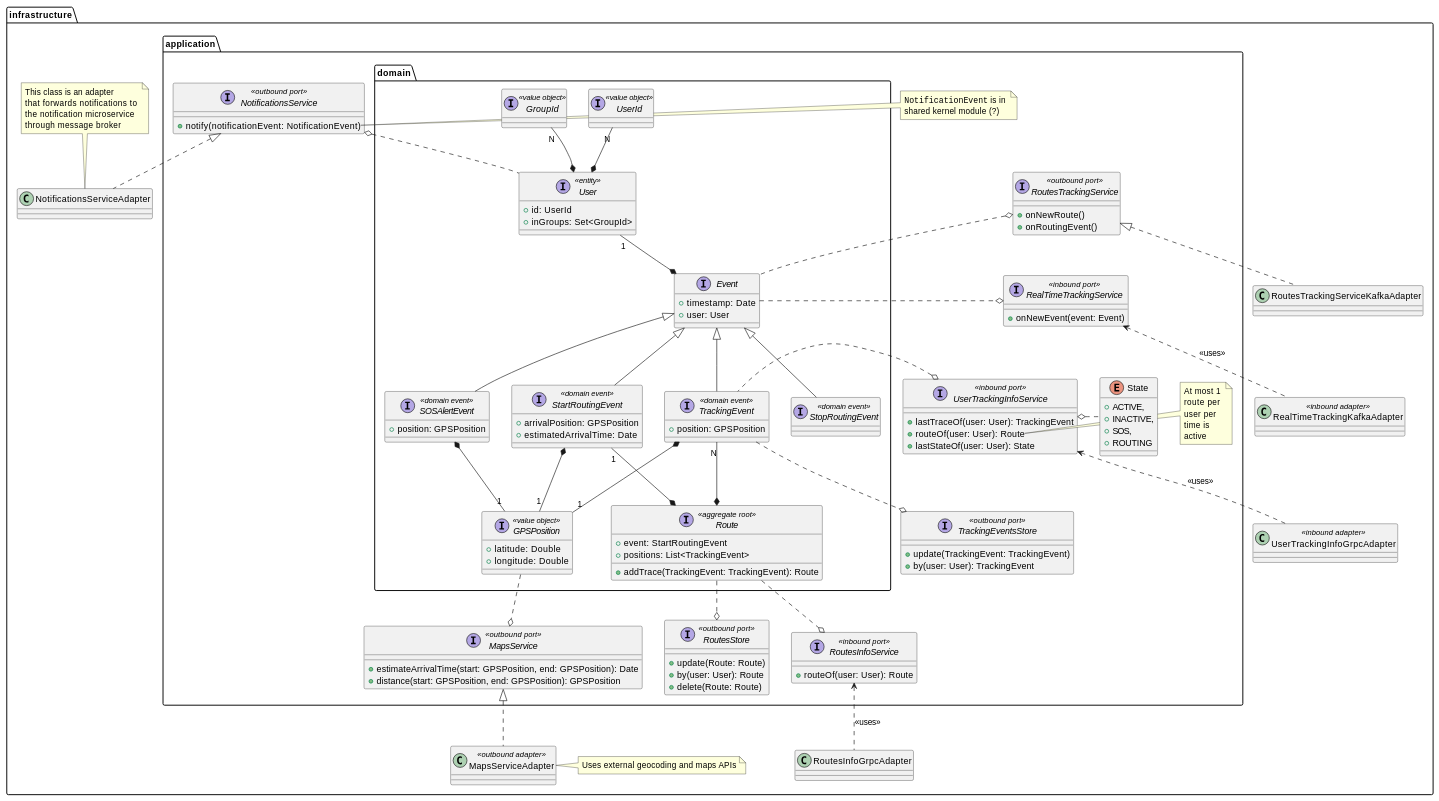
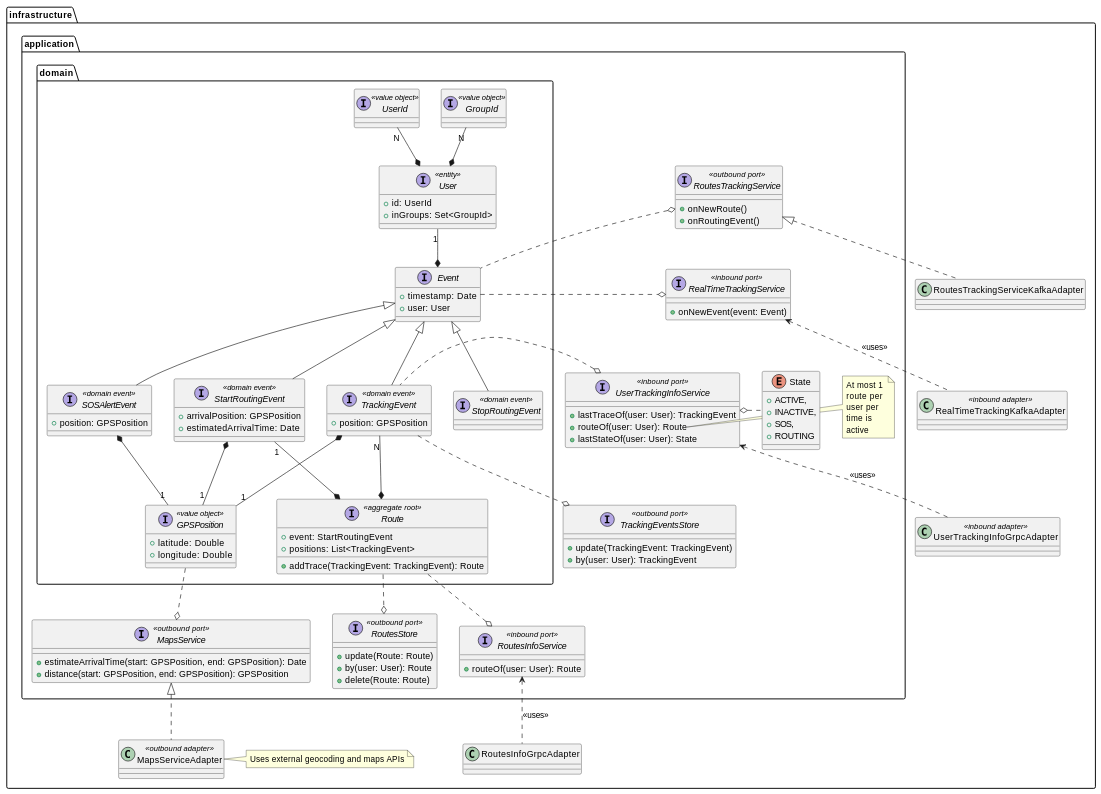
Before and after one commit to position-pal/Documentation: the first of 3 diagrams in content/docs/design/location-service.md, drawn with PlantUML. The commit also changed other lines of this file, not shown here.

Commit message:
docs: add first behavioral sketch

```diff
--- a/content/docs/design/location-service.md
+++ b/content/docs/design/location-service.md
@@ -108,16 +108,6 @@
 
         RoutesStore o.up. Route
 
-        interface NotificationsService <<outbound port>> {
-            + notify(notificationEvent: NotificationEvent)
-        }
-        note right of NotificationsService::notify
-            ""NotificationEvent"" is in 
-            shared kernel module (?)
-        end note
-
-        User .up.o NotificationsService
-
         interface MapsService <<outbound port>> {
             + estimateArrivalTime(start: GPSPosition, end: GPSPosition): Date
             + distance(start: GPSPosition, end: GPSPosition): GPSPosition
@@ -164,14 +154,6 @@
         RealTimeTrackingService o.l. Event
     }
 
-    class NotificationsServiceAdapter implements application.NotificationsService
-    note top of NotificationsServiceAdapter
-        This class is an adapter 
-        that forwards notifications to 
-        the notification microservice
-        through message broker
-    end note
-
     class MapsServiceAdapter <<outbound adapter>> implements application.MapsService
     note right of MapsServiceAdapter
         Uses external geocoding and maps APIs
```
